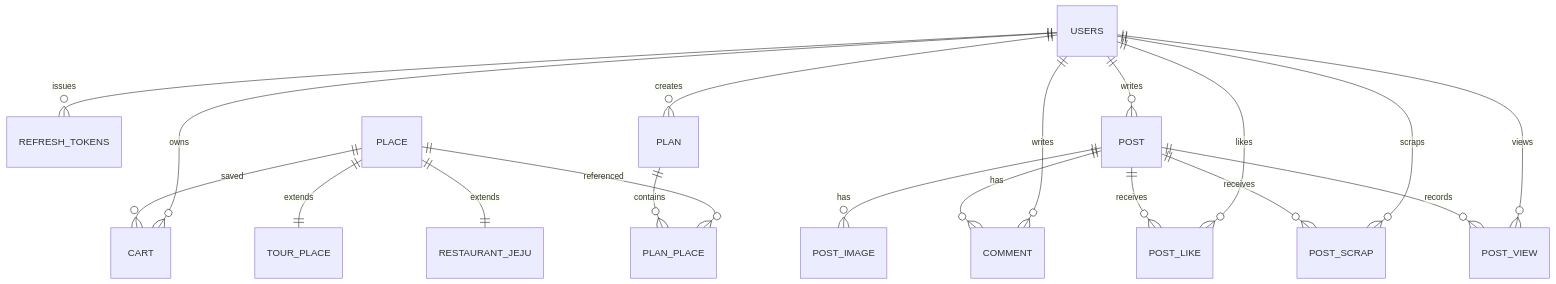
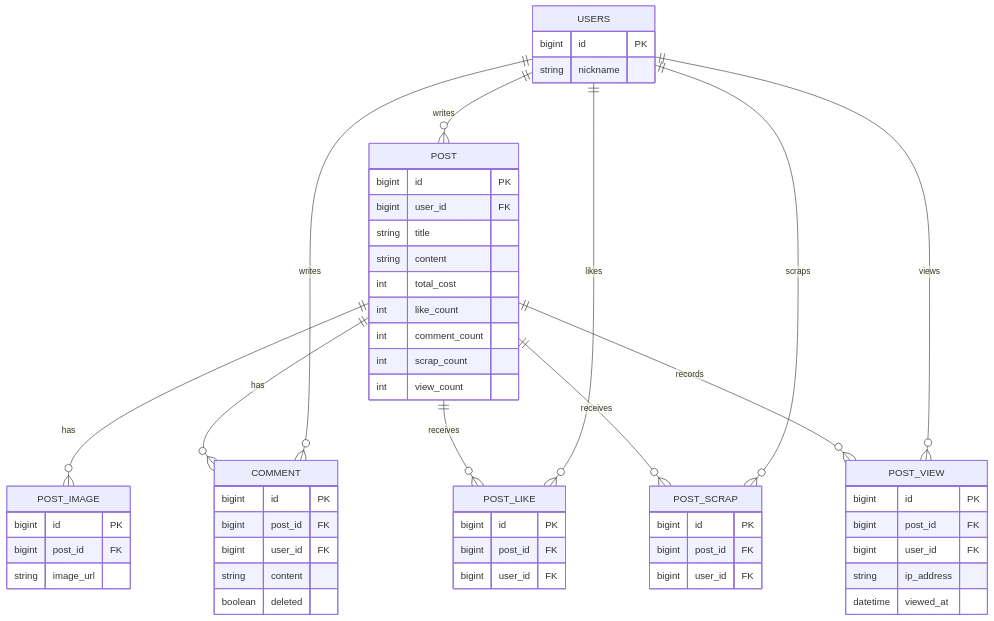
One commit to jaemin-devlog/MoneyWay changed the eighth of 9 diagrams in README.md. Above: the diagram before and after it, drawn with Mermaid. The commit also changed other lines of this file, not shown here.

````diff
--- a/README.md
+++ b/README.md
@@ -273,24 +413,58 @@
 ```mermaid
 erDiagram
-    USERS ||--o{ REFRESH_TOKENS : issues
-    USERS ||--o{ CART : owns
-    USERS ||--o{ PLAN : creates
+    USERS {
+        bigint id PK
+        string nickname
+    }
+    POST {
+        bigint id PK
+        bigint user_id FK
+        string title
+        string content
+        int total_cost
+        int like_count
+        int comment_count
+        int scrap_count
+        int view_count
+    }
+    POST_IMAGE {
+        bigint id PK
+        bigint post_id FK
+        string image_url
+    }
+    COMMENT {
+        bigint id PK
+        bigint post_id FK
+        bigint user_id FK
+        string content
+        boolean deleted
+    }
+    POST_LIKE {
+        bigint id PK
+        bigint post_id FK
+        bigint user_id FK
+    }
+    POST_SCRAP {
+        bigint id PK
+        bigint post_id FK
+        bigint user_id FK
+    }
+    POST_VIEW {
+        bigint id PK
+        bigint post_id FK
+        bigint user_id FK
+        string ip_address
+        datetime viewed_at
+    }
+
     USERS ||--o{ POST : writes
     USERS ||--o{ COMMENT : writes
     USERS ||--o{ POST_LIKE : likes
     USERS ||--o{ POST_SCRAP : scraps
     USERS ||--o{ POST_VIEW : views
-
-    PLACE ||--|| TOUR_PLACE : extends
-    PLACE ||--|| RESTAURANT_JEJU : extends
-    PLACE ||--o{ CART : saved
-    PLACE ||--o{ PLAN_PLACE : referenced
-
-    PLAN ||--o{ PLAN_PLACE : contains
-
     POST ||--o{ POST_IMAGE : has
     POST ||--o{ COMMENT : has
     POST ||--o{ POST_LIKE : receives
     POST ||--o{ POST_SCRAP : receives
     POST ||--o{ POST_VIEW : records
 ```
````
